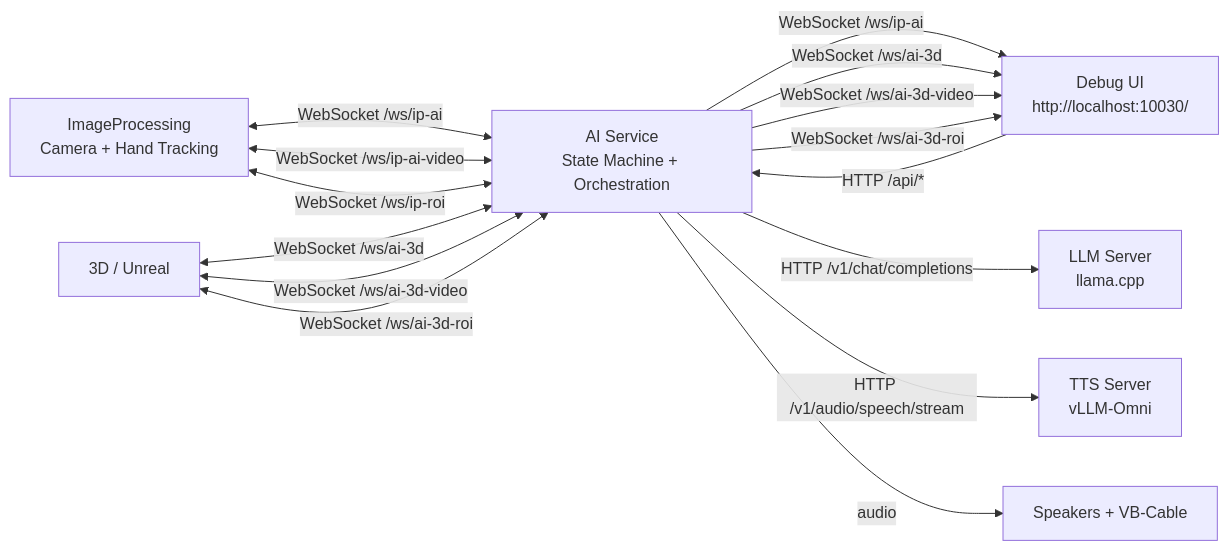
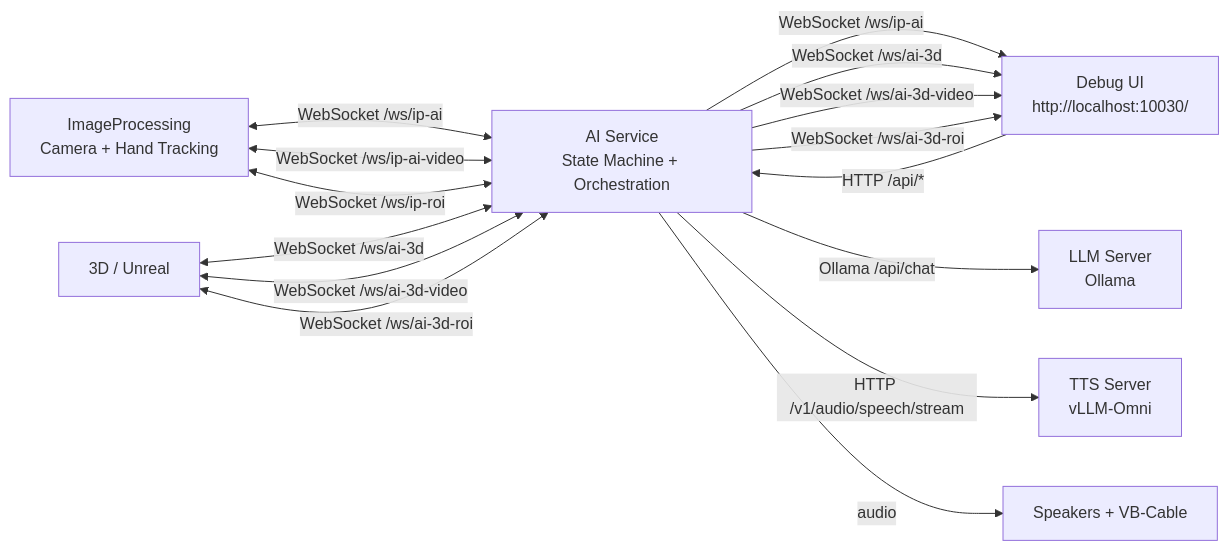
Before and after one commit to hs-duesseldorf/TheWitch: the diagram in README.md, drawn with Mermaid. The commit also changed other lines of this file and 5 other files, not shown here.

````diff
--- a/README.md
+++ b/README.md
@@ -7,29 +7,29 @@
 ```mermaid
 flowchart LR
     ip[ImageProcessing<br/>Camera + Hand Tracking]
     ai[AI Service<br/>State Machine + Orchestration]
-    llm[LLM Server<br/>llama.cpp]
+    llm[LLM Server<br/>Ollama]
     tts[TTS Server<br/>vLLM-Omni]
     debug[Debug UI<br/>http://localhost:10030/]
     unreal[3D / Unreal]
 
     ip <-- "WebSocket /ws/ip-ai" --> ai
     ip <-- "WebSocket /ws/ip-ai-video" --> ai
     ip <-- "WebSocket /ws/ip-roi" --> ai
 
     debug -- "HTTP /api/*" --> ai
     ai -- "WebSocket /ws/ip-ai" --> debug
     ai -- "WebSocket /ws/ai-3d" --> debug
     ai -- "WebSocket /ws/ai-3d-video" --> debug
     ai -- "WebSocket /ws/ai-3d-roi" --> debug
 
     unreal <-- "WebSocket /ws/ai-3d" --> ai
     unreal <-- "WebSocket /ws/ai-3d-video" --> ai
     unreal <-- "WebSocket /ws/ai-3d-roi" --> ai
 
-    ai -- "HTTP /v1/chat/completions" --> llm
+    ai -- "Ollama /api/chat" --> llm
     ai -- "HTTP /v1/audio/speech/stream" --> tts
     ai -- "audio" --> speakers
 
     speakers[Speakers + VB-Cable]
 ```
````
